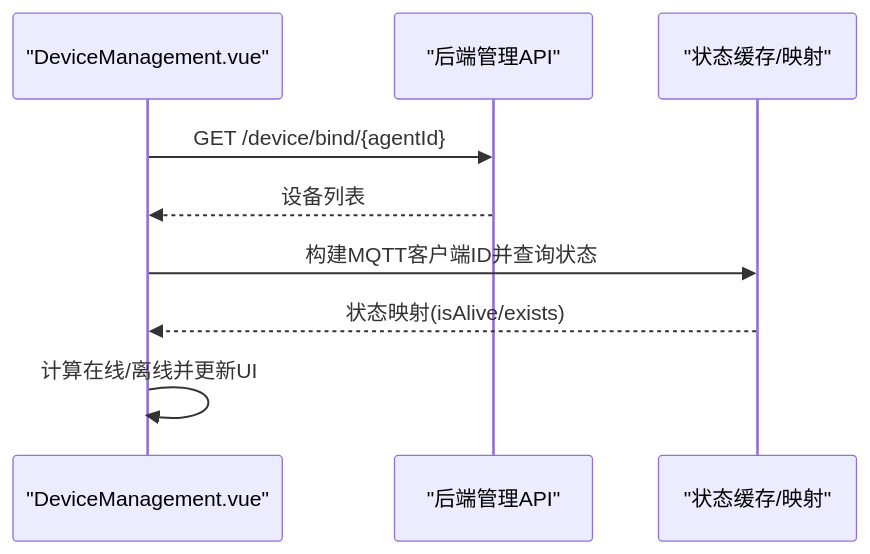
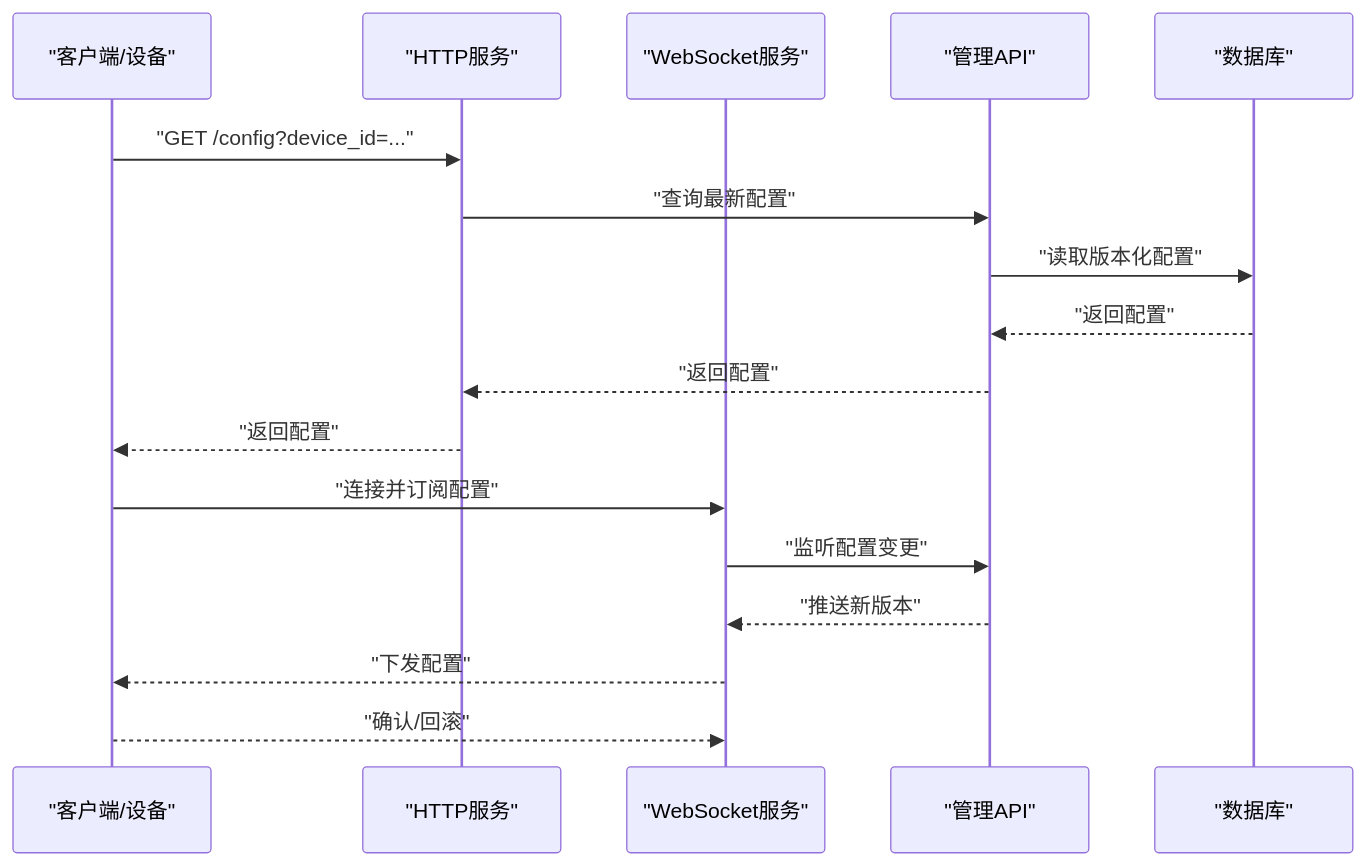
One commit to haixinke/xiaozhi-esp32-server changed the fourth of 7 diagrams in .qoder/repowiki/zh/content/设备管理/设备配置管理.md. Above: the diagram before and after it, drawn with Mermaid. The commit also changed other lines of this file and 557 other files, not shown here.

````diff
--- a/.qoder/repowiki/zh/content/设备管理/设备配置管理.md
+++ b/.qoder/repowiki/zh/content/设备管理/设备配置管理.md
@@ -228,11 +177,19 @@
 ```mermaid
 sequenceDiagram
-participant View as "DeviceManagement.vue"
-participant API as "后端管理API"
-participant Cache as "状态缓存/映射"
-View->>API : GET /device/bind/{agentId}
-API-->>View : 设备列表
-View->>Cache : 构建MQTT客户端ID并查询状态
-Cache-->>View : 状态映射(isAlive/exists)
-View->>View : 计算在线/离线并更新UI
+participant Client as "客户端/设备"
+participant HTTP as "HTTP服务"
+participant WS as "WebSocket服务"
+participant API as "管理API"
+participant Store as "数据库"
+Client->>HTTP : "GET /config?device_id=..."
+HTTP->>API : "查询最新配置"
+API->>Store : "读取版本化配置"
+Store-->>API : "返回配置"
+API-->>HTTP : "返回配置"
+HTTP-->>Client : "返回配置"
+Client->>WS : "连接并订阅配置"
+WS->>API : "监听配置变更"
+API-->>WS : "推送新版本"
+WS-->>Client : "下发配置"
+Client-->>WS : "确认/回滚"
 ```
````
